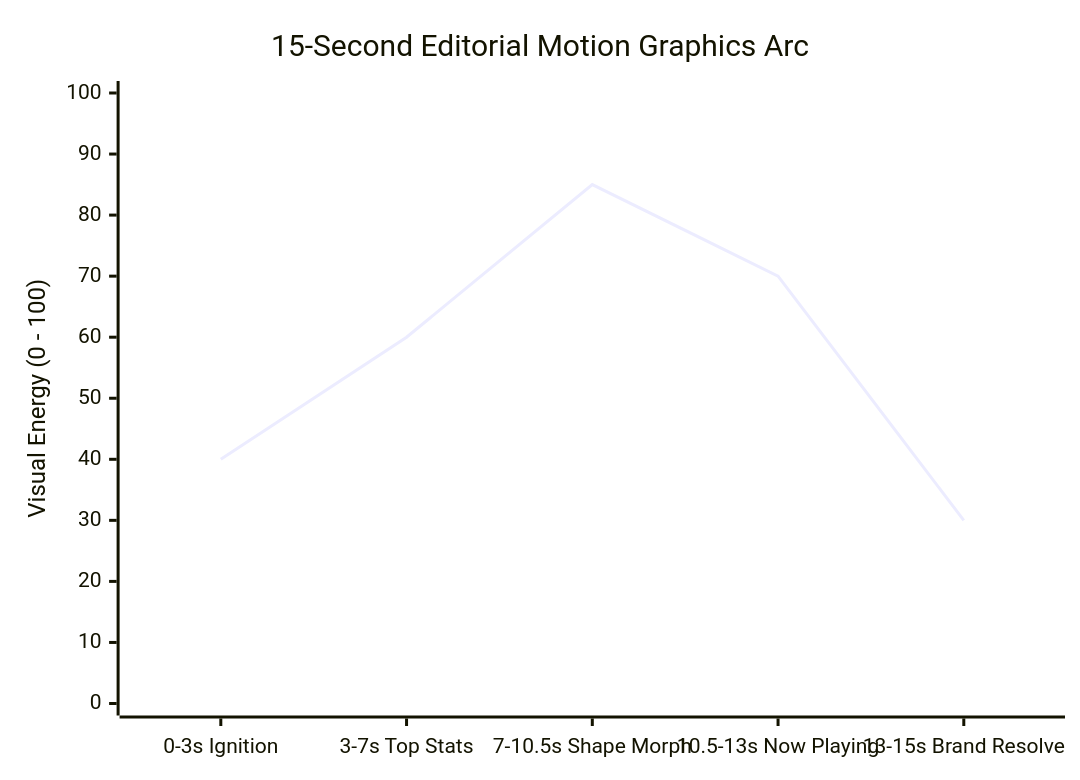
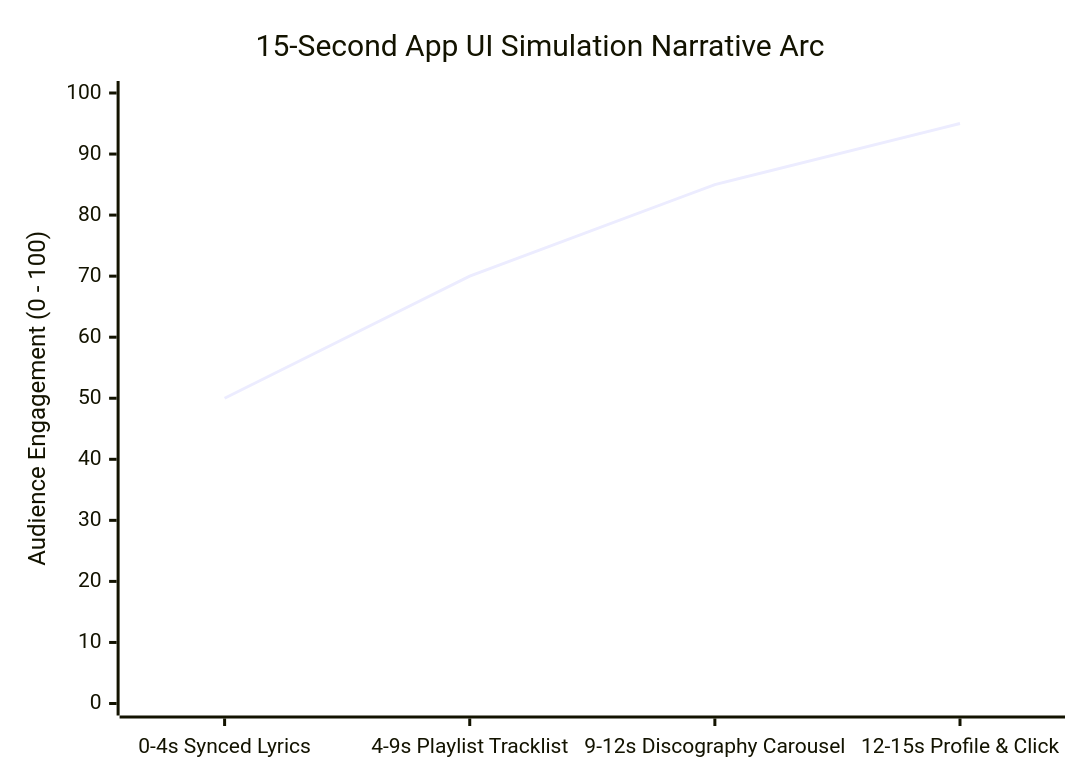
One commit to gnustella-lab/procedural-motion-graphics changed the diagram in .agents/skills/procedural-motion-graphics/references/creative-direction-and-pacing.md. Above: the diagram before and after it, drawn with Mermaid. The commit also changed other lines of this file and 14 other files, not shown here.

Commit message:
feat: introduce App UI and native product simulation pillar (V3 desired architecture)

````diff
--- a/.agents/skills/procedural-motion-graphics/references/creative-direction-and-pacing.md
+++ b/.agents/skills/procedural-motion-graphics/references/creative-direction-and-pacing.md
@@ -59,7 +25,7 @@
 ```mermaid
 xychart-beta
-    title "15-Second Editorial Motion Graphics Arc"
-    x-axis ["0-3s Ignition", "3-7s Top Stats", "7-10.5s Shape Morph", "10.5-13s Now Playing", "13-15s Brand Resolve"]
-    y-axis "Visual Energy (0 - 100)" 0 --> 100
-    line [40, 60, 85, 70, 30]
+    title "15-Second App UI Simulation Narrative Arc"
+    x-axis ["0-4s Synced Lyrics", "4-9s Playlist Tracklist", "9-12s Discography Carousel", "12-15s Profile & Click"]
+    y-axis "Audience Engagement (0 - 100)" 0 --> 100
+    line [50, 70, 85, 95]
 ```
````
